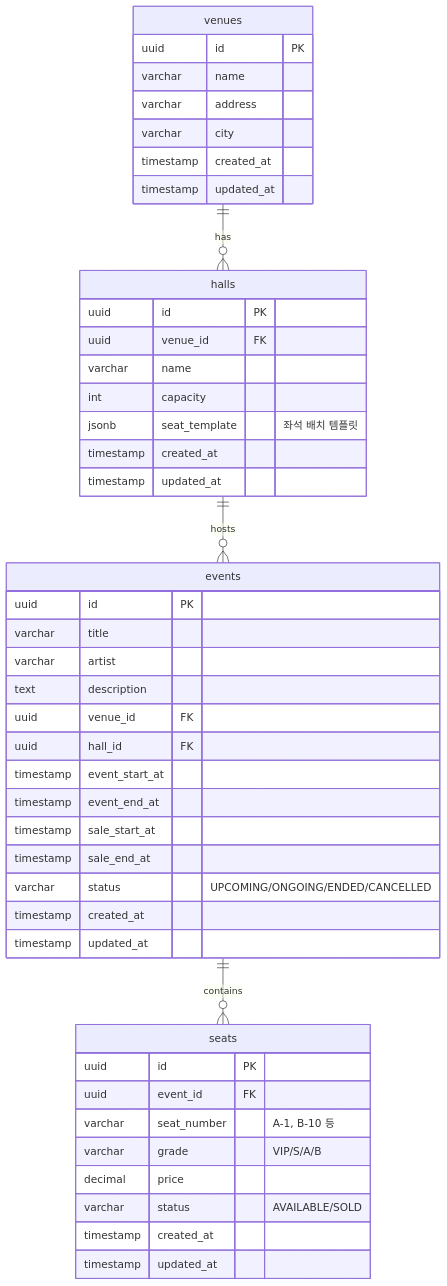
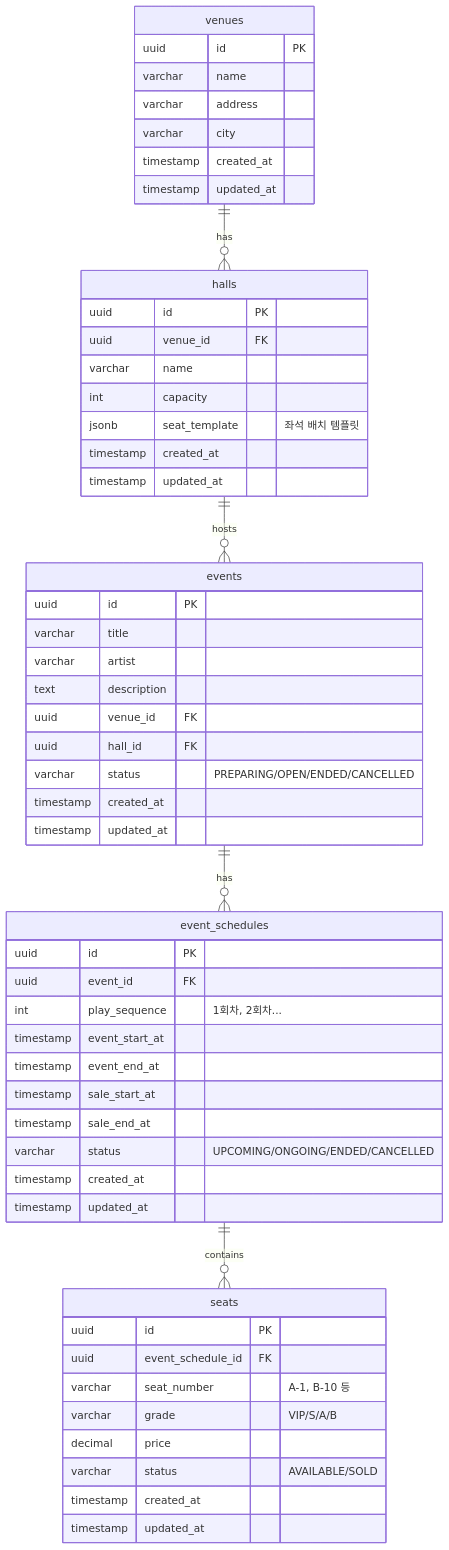
Before and after one commit to paircoders/ticket-queue: the second of 5 diagrams in docs/architecture/04_data.md, drawn with Mermaid. The commit also changed other lines of this file and 2 other files, not shown here.

First line of the commit message:
docs: User, Event 스키마 수정

````diff
--- a/docs/architecture/04_data.md
+++ b/docs/architecture/04_data.md
@@ -344,52 +311,62 @@
 ```mermaid
 erDiagram
     venues ||--o{ halls : has
     halls ||--o{ events : hosts
-    events ||--o{ seats : contains
+    events ||--o{ event_schedules : has
+    event_schedules ||--o{ seats : contains
 
     venues {
         uuid id PK
         varchar name
         varchar address
         varchar city
         timestamp created_at
         timestamp updated_at
     }
 
     halls {
         uuid id PK
         uuid venue_id FK
         varchar name
         int capacity
         jsonb seat_template "좌석 배치 템플릿"
         timestamp created_at
         timestamp updated_at
     }
 
     events {
         uuid id PK
         varchar title
         varchar artist
         text description
         uuid venue_id FK
         uuid hall_id FK
+        varchar status "PREPARING/OPEN/ENDED/CANCELLED"
+        timestamp created_at
+        timestamp updated_at
+    }
+
+    event_schedules {
+        uuid id PK
+        uuid event_id FK
+        int play_sequence "1회차, 2회차..."
         timestamp event_start_at
         timestamp event_end_at
         timestamp sale_start_at
         timestamp sale_end_at
         varchar status "UPCOMING/ONGOING/ENDED/CANCELLED"
         timestamp created_at
         timestamp updated_at
     }
 
     seats {
         uuid id PK
-        uuid event_id FK
+        uuid event_schedule_id FK
         varchar seat_number "A-1, B-10 등"
         varchar grade "VIP/S/A/B"
         decimal price
         varchar status "AVAILABLE/SOLD"
         timestamp created_at
         timestamp updated_at
     }
 ```
````
